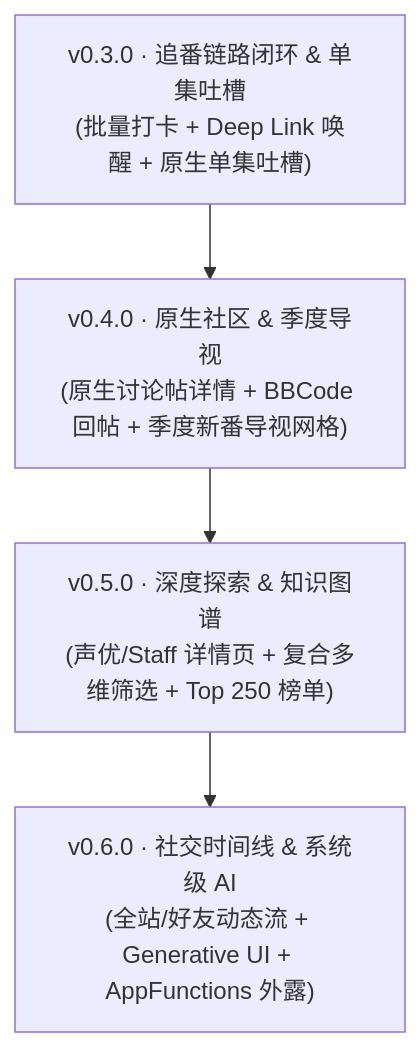
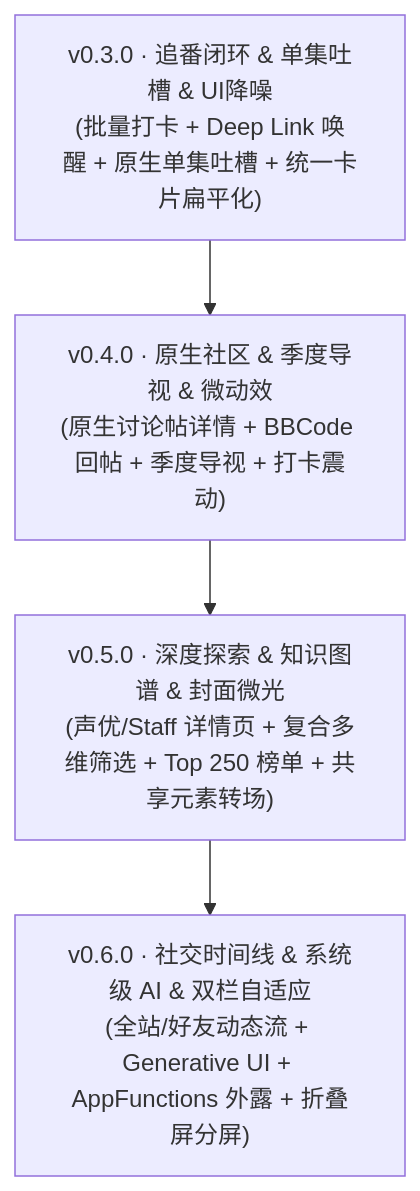
The diagram in ROADMAP.md (infinitezerone/MiniBgm), drawn with Mermaid before and after one commit. The commit also changed other lines of this file, not shown here.

Commit message:
docs(roadmap): add UI/UX design system and motion specifications

````diff
--- a/ROADMAP.md
+++ b/ROADMAP.md
@@ -105,6 +128,6 @@
 ```mermaid
 flowchart TD
-    M1["v0.3.0 · 追番链路闭环 & 单集吐槽\n(批量打卡 + Deep Link 唤醒 + 原生单集吐槽)"] --> M2["v0.4.0 · 原生社区 & 季度导视\n(原生讨论帖详情 + BBCode 回帖 + 季度新番导视网格)"]
-    M2 --> M3["v0.5.0 · 深度探索 & 知识图谱\n(声优/Staff 详情页 + 复合多维筛选 + Top 250 榜单)"]
-    M3 --> M4["v0.6.0 · 社交时间线 & 系统级 AI\n(全站/好友动态流 + Generative UI + AppFunctions 外露)"]
+    M1["v0.3.0 · 追番闭环 & 单集吐槽 & UI降噪\n(批量打卡 + Deep Link 唤醒 + 原生单集吐槽 + 统一卡片扁平化)"] --> M2["v0.4.0 · 原生社区 & 季度导视 & 微动效\n(原生讨论帖详情 + BBCode 回帖 + 季度导视 + 打卡震动)"]
+    M2 --> M3["v0.5.0 · 深度探索 & 知识图谱 & 封面微光\n(声优/Staff 详情页 + 复合多维筛选 + Top 250 榜单 + 共享元素转场)"]
+    M3 --> M4["v0.6.0 · 社交时间线 & 系统级 AI & 双栏自适应\n(全站/好友动态流 + Generative UI + AppFunctions 外露 + 折叠屏分屏)"]
 ```
````
